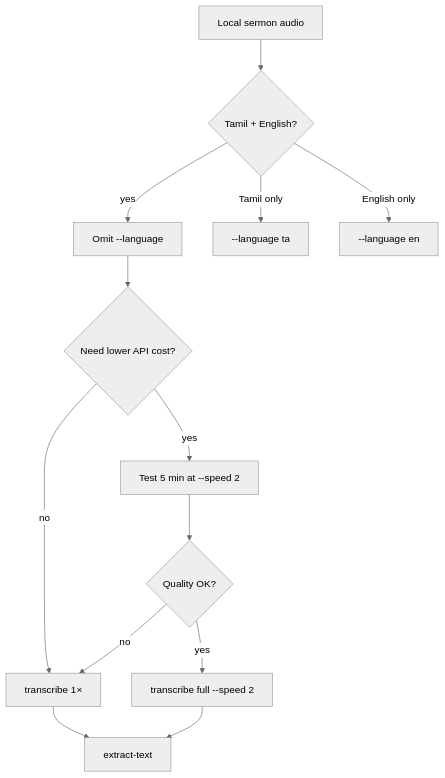
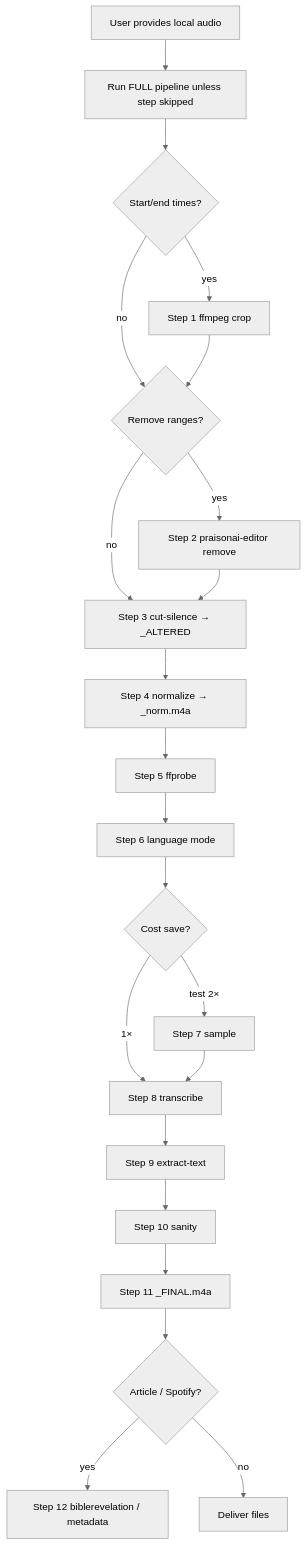
One commit to MervinPraison/praisonai-editor changed the diagram in .cursor/skills/sermon-transcribe/reference.md. Above: the diagram before and after it, drawn with Mermaid (neutral theme). The commit also changed other lines of this file and 8 other files, not shown here.

First line of the commit message:
feat(sermon-transcribe): implement full local audio processing pipeline

````diff
--- a/.cursor/skills/sermon-transcribe/reference.md
+++ b/.cursor/skills/sermon-transcribe/reference.md
@@ -5,15 +5,24 @@
 ```mermaid
 flowchart TD
-    start[Local sermon audio] --> mixed{Tamil + English?}
-    mixed -->|yes| auto[Omit --language]
-    mixed -->|Tamil only| ta["--language ta"]
-    mixed -->|English only| en["--language en"]
-    auto --> cost{Need lower API cost?}
-    cost -->|no| oneX["transcribe 1×"]
-    cost -->|yes| test2x[Test 5 min at --speed 2]
-    test2x --> ok{Quality OK?}
-    ok -->|yes| twoX["transcribe full --speed 2"]
-    ok -->|no| oneX
-    oneX --> extract[extract-text]
-    twoX --> extract
+    start[User provides local audio] --> all[Run FULL pipeline unless step skipped]
+    all --> crop{Start/end times?}
+    crop -->|yes| s1[Step 1 ffmpeg crop]
+    crop -->|no| rem
+    s1 --> rem{Remove ranges?}
+    rem -->|yes| s2[Step 2 praisonai-editor remove]
+    rem -->|no| sil
+    s2 --> sil[Step 3 cut-silence → _ALTERED]
+    sil --> norm[Step 4 normalize → _norm.m4a]
+    norm --> probe[Step 5 ffprobe]
+    probe --> lang[Step 6 language mode]
+    lang --> speed{Cost save?}
+    speed -->|test 2×| s7[Step 7 sample]
+    speed -->|1×| tx
+    s7 --> tx[Step 8 transcribe]
+    tx --> ext[Step 9 extract-text]
+    ext --> sanity[Step 10 sanity]
+    sanity --> final[Step 11 _FINAL.m4a]
+    final --> extra{Article / Spotify?}
+    extra -->|yes| art[Step 12 biblerevelation / metadata]
+    extra -->|no| done[Deliver files]
 ```
````
